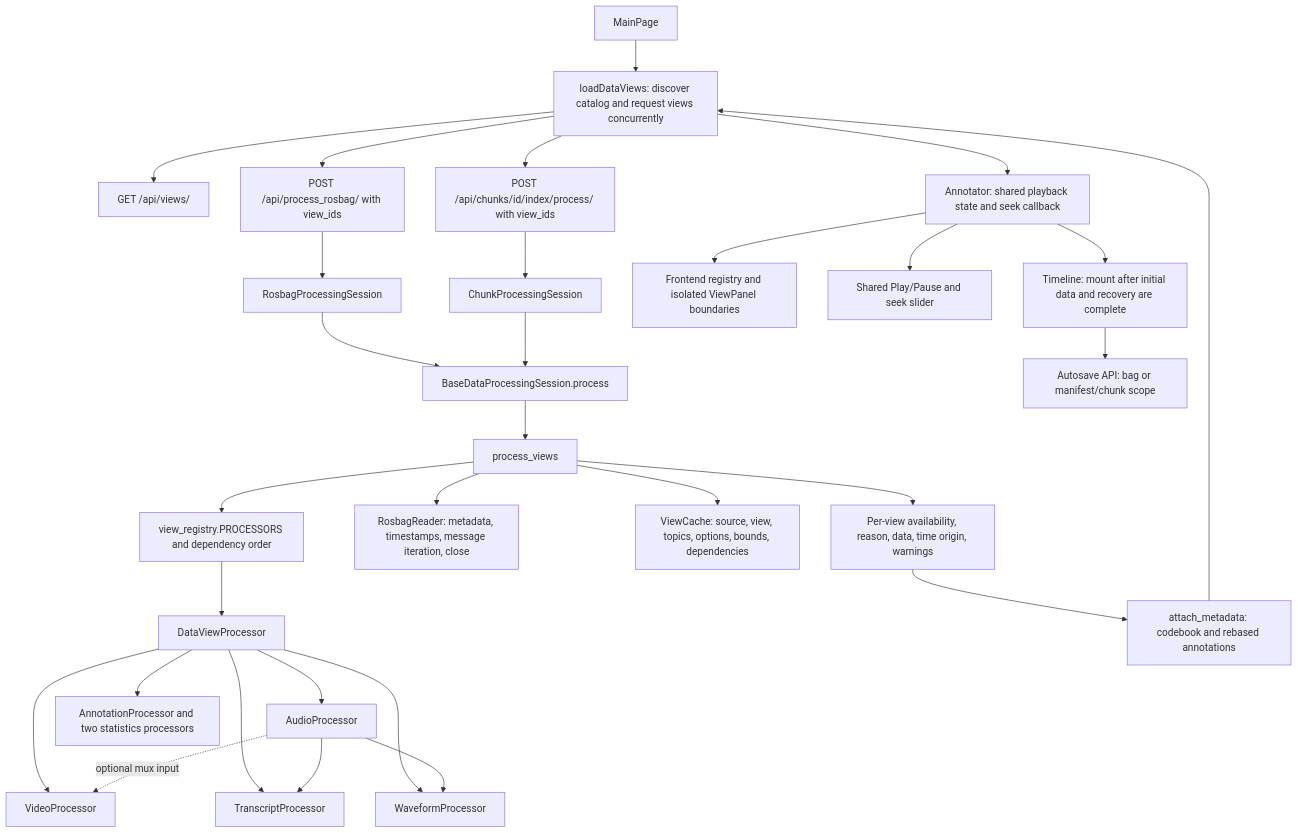
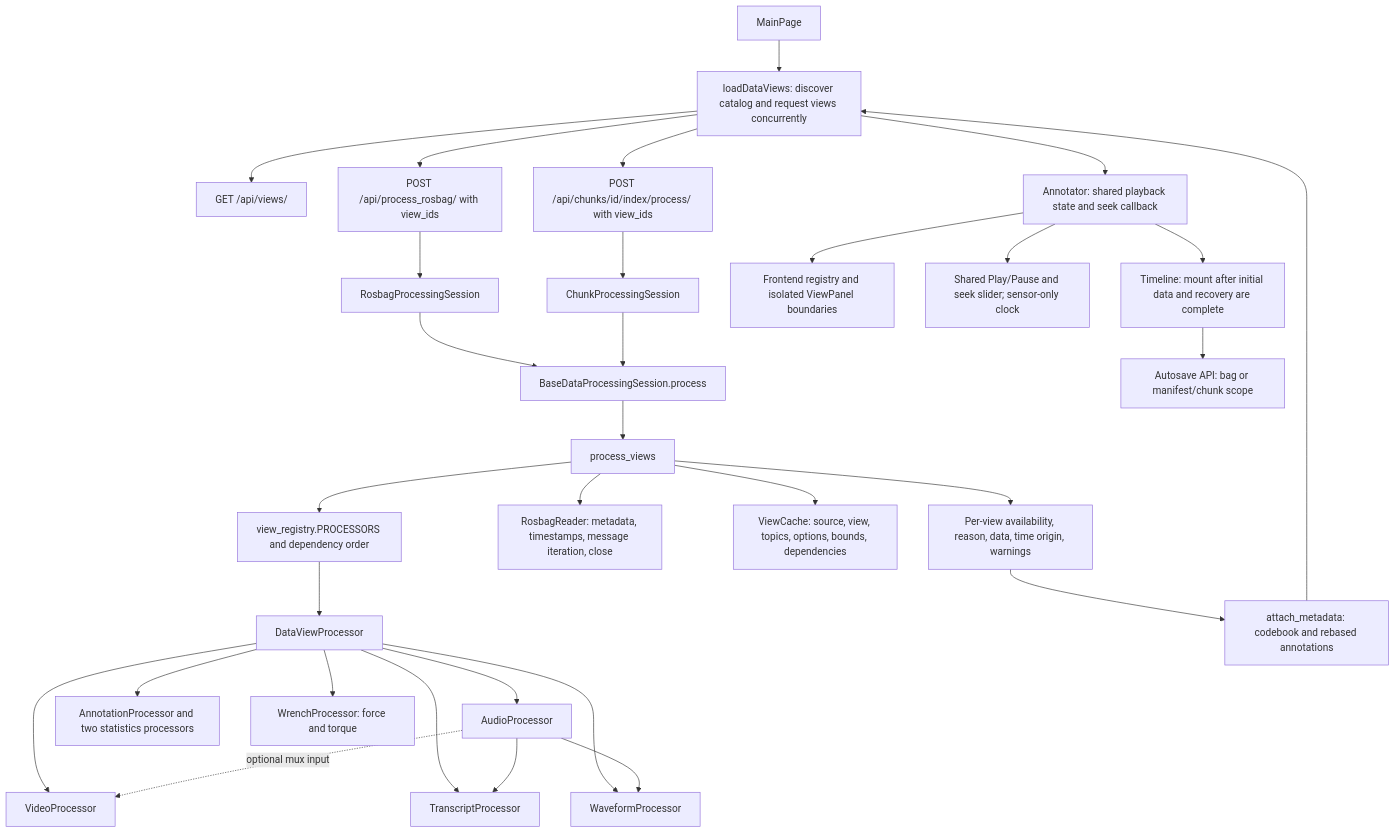
One commit to CHRI-Lab/ROSAnnotator changed the first of 2 diagrams in docs/design-diagram.md. Above: the diagram before and after it, drawn with Mermaid. The commit also changed 18 other files, not shown here.

Commit message:
Add force and torque views with shared playback

````diff
--- a/docs/design-diagram.md
+++ b/docs/design-diagram.md
@@ -5,32 +5,33 @@
 ```mermaid
 flowchart TD
     Main[MainPage] --> Loader[loadDataViews: discover catalog and request views concurrently]
     Loader --> Catalog[GET /api/views/]
     Loader --> Whole[POST /api/process_rosbag/ with view_ids]
     Loader --> Chunk[POST /api/chunks/id/index/process/ with view_ids]
     Whole --> WS[RosbagProcessingSession]
     Chunk --> CS[ChunkProcessingSession]
     WS --> Base[BaseDataProcessingSession.process]
     CS --> Base
     Base --> Workflow[process_views]
     Workflow --> Registry[view_registry.PROCESSORS and dependency order]
     Workflow --> Reader[RosbagReader: metadata, timestamps, message iteration, close]
     Workflow --> Cache[ViewCache: source, view, topics, options, bounds, dependencies]
     Registry --> Parent[DataViewProcessor]
     Parent --> Audio[AudioProcessor]
     Parent --> Video[VideoProcessor]
     Parent --> Transcript[TranscriptProcessor]
     Parent --> Waveform[WaveformProcessor]
     Parent --> Annotation[AnnotationProcessor and two statistics processors]
+    Parent --> Wrench[WrenchProcessor: force and torque]
     Audio -. optional mux input .-> Video
     Audio --> Transcript
     Audio --> Waveform
     Workflow --> Contract[Per-view availability, reason, data, time origin, warnings]
     Contract --> Metadata[attach_metadata: codebook and rebased annotations]
     Metadata --> Loader
     Loader --> Annotator[Annotator: shared playback state and seek callback]
     Annotator --> Panels[Frontend registry and isolated ViewPanel boundaries]
-    Annotator --> Clock[Shared Play/Pause and seek slider]
+    Annotator --> Clock[Shared Play/Pause and seek slider; sensor-only clock]
     Annotator --> Timeline[Timeline: mount after initial data and recovery are complete]
     Timeline --> Recovery[Autosave API: bag or manifest/chunk scope]
 ```
````
